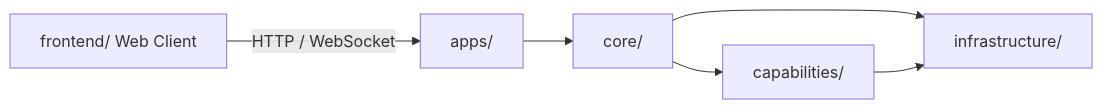
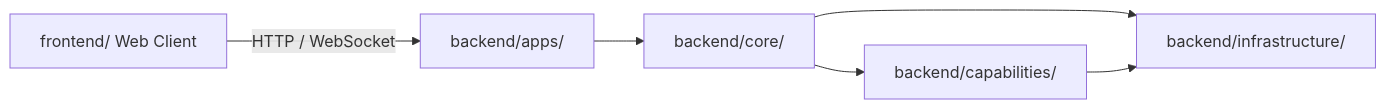
The second of 2 diagrams in docs/architecture/frontend-architecture.md (zata-zhangtao/zata-codes-template), drawn with Mermaid before and after one commit. The commit also changed other lines of this file and 61 other files, not shown here.

````diff
--- a/docs/architecture/frontend-architecture.md
+++ b/docs/architecture/frontend-architecture.md
@@ -111,8 +111,8 @@
 ```mermaid
 flowchart LR
-    Frontend["frontend/ Web Client"] -->|HTTP / WebSocket| Apps["apps/"]
-    Apps --> Core["core/"]
-    Core --> Capabilities["capabilities/"]
-    Core --> Infrastructure["infrastructure/"]
+    Frontend["frontend/ Web Client"] -->|HTTP / WebSocket| Apps["backend/apps/"]
+    Apps --> Core["backend/core/"]
+    Core --> Capabilities["backend/capabilities/"]
+    Core --> Infrastructure["backend/infrastructure/"]
     Capabilities --> Infrastructure
 ```
````
